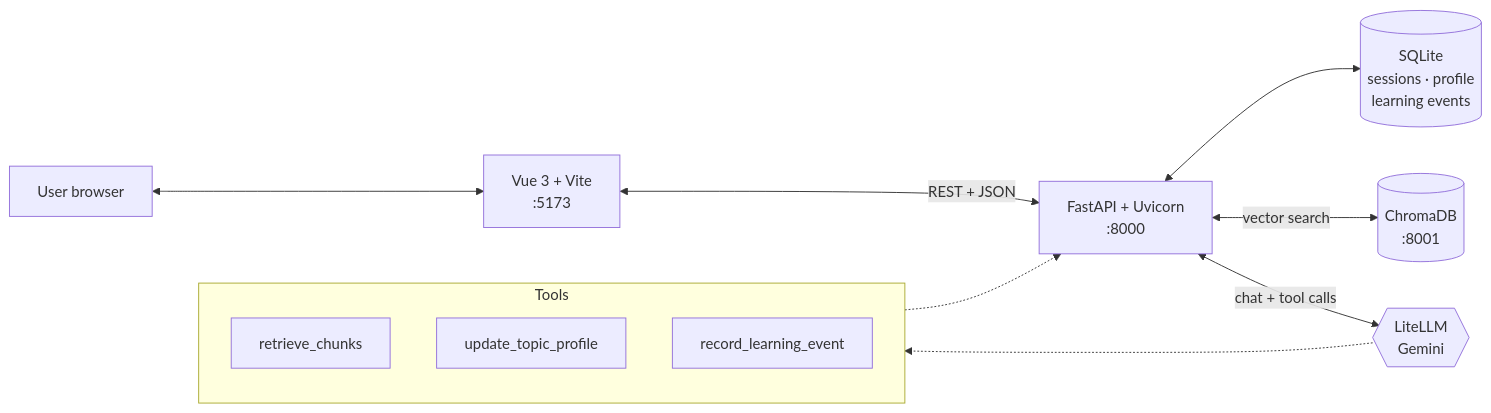
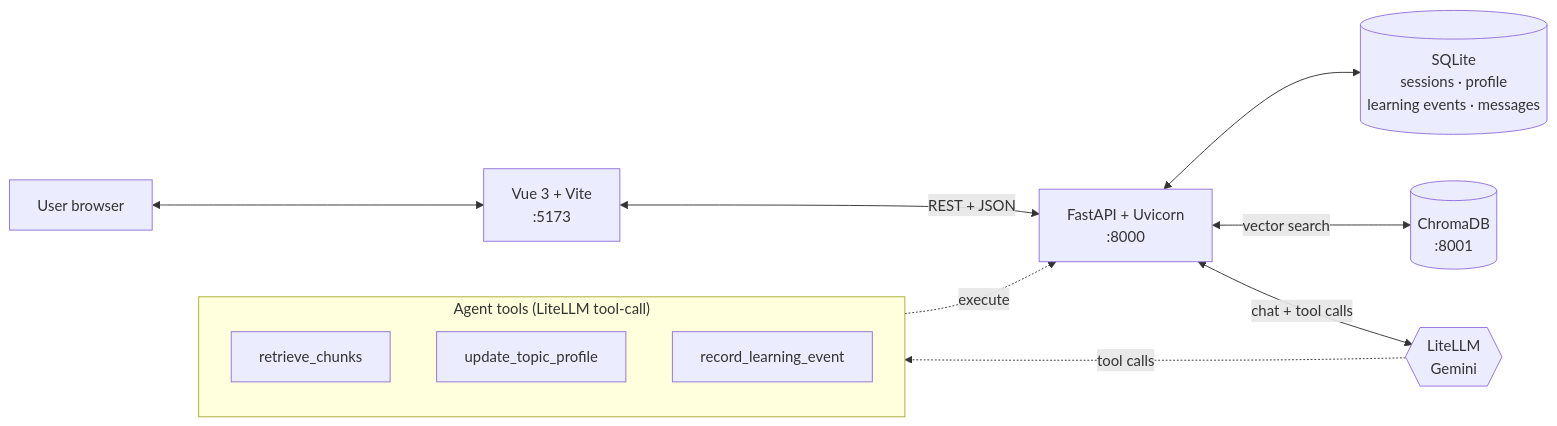
Before and after one commit to calmxz/Project_Apt: the diagram in README.md, drawn with Mermaid. The commit also changed other lines of this file, not shown here.

Commit message:
docs: expand and restructure README with technical stack, architecture, and comprehensive setup documentation

````diff
--- a/README.md
+++ b/README.md
@@ -41,23 +87,23 @@
 ```mermaid
 flowchart LR
     User[User browser]
     FE[Vue 3 + Vite<br/>:5173]
     BE[FastAPI + Uvicorn<br/>:8000]
-    DB[(SQLite<br/>sessions · profile<br/>learning events)]
+    DB[(SQLite<br/>sessions · profile<br/>learning events · messages)]
     Chroma[(ChromaDB<br/>:8001)]
     LLM{{LiteLLM<br/>Gemini}}
 
     User <--> FE
     FE <-->|REST + JSON| BE
     BE <--> DB
     BE <-->|vector search| Chroma
     BE <-->|chat + tool calls| LLM
 
-    subgraph Tools
+    subgraph Tools["Agent tools (LiteLLM tool-call)"]
       T1[retrieve_chunks]
       T2[update_topic_profile]
       T3[record_learning_event]
     end
-    LLM -.-> Tools
-    Tools -.-> BE
+    LLM -.->|tool calls| Tools
+    Tools -.->|execute| BE
 ```
````
